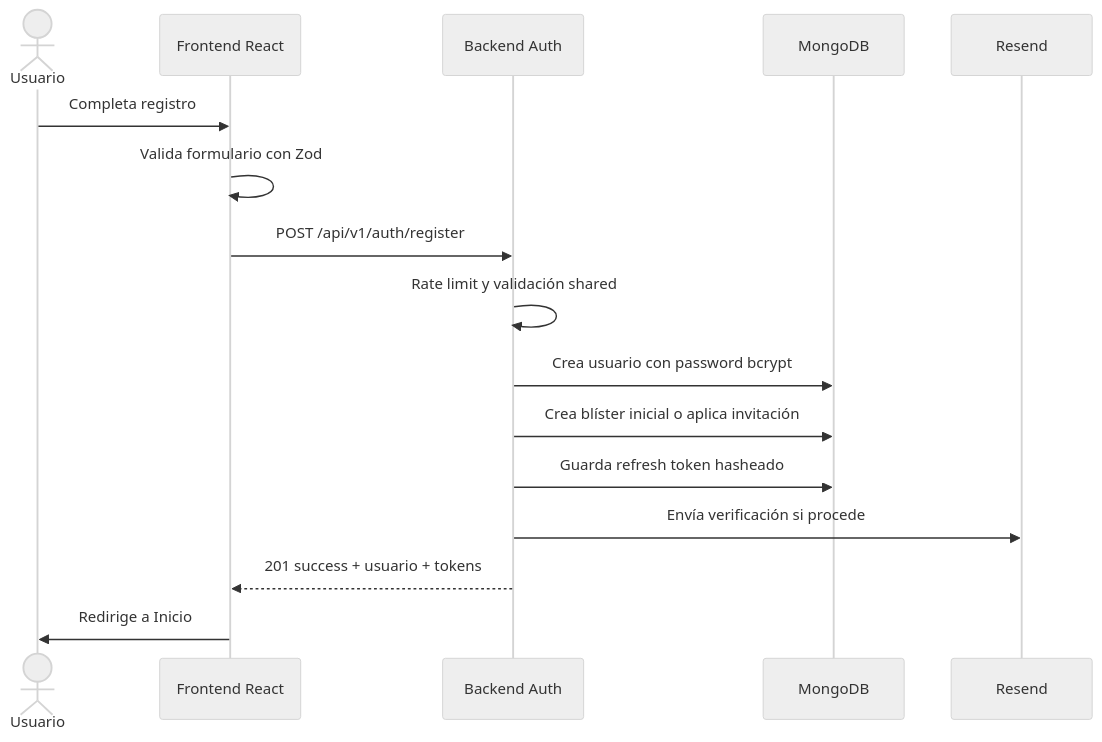
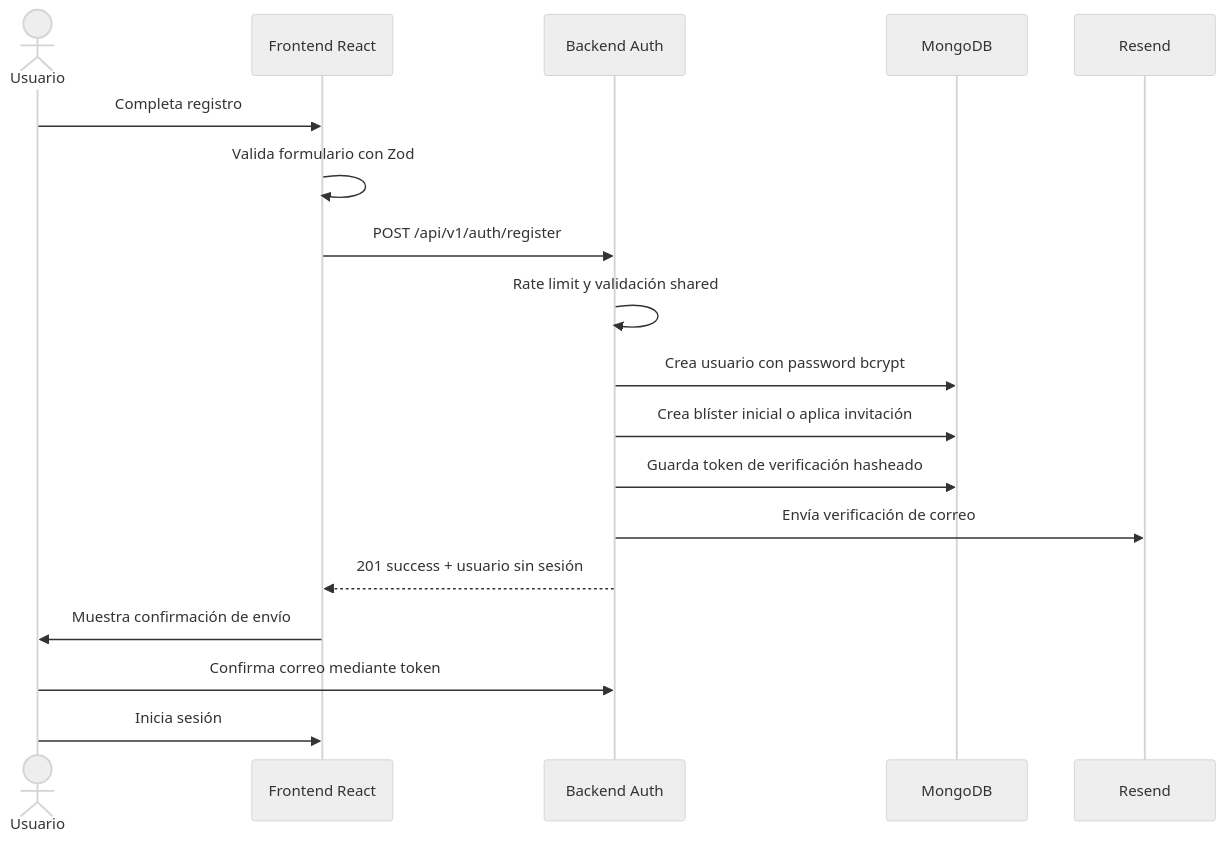
The third of 8 diagrams in docs/05-diseno.md (falbmun0906/daw2-blister-proyecto-final), drawn with Mermaid (neutral theme) before and after one commit. The commit also changed other lines of this file and 6 other files, not shown here.

````diff
--- a/docs/05-diseno.md
+++ b/docs/05-diseno.md
@@ -320,19 +320,21 @@
 ```mermaid
 sequenceDiagram
     actor U as Usuario
     participant F as Frontend React
     participant B as Backend Auth
     participant DB as MongoDB
     participant Mail as Resend
 
     U->>F: Completa registro
     F->>F: Valida formulario con Zod
     F->>B: POST /api/v1/auth/register
     B->>B: Rate limit y validación shared
     B->>DB: Crea usuario con password bcrypt
     B->>DB: Crea blíster inicial o aplica invitación
-    B->>DB: Guarda refresh token hasheado
-    B->>Mail: Envía verificación si procede
-    B-->>F: 201 success + usuario + tokens
-    F->>U: Redirige a Inicio
+    B->>DB: Guarda token de verificación hasheado
+    B->>Mail: Envía verificación de correo
+    B-->>F: 201 success + usuario sin sesión
+    F->>U: Muestra confirmación de envío
+    U->>B: Confirma correo mediante token
+    U->>F: Inicia sesión
 ```
````
